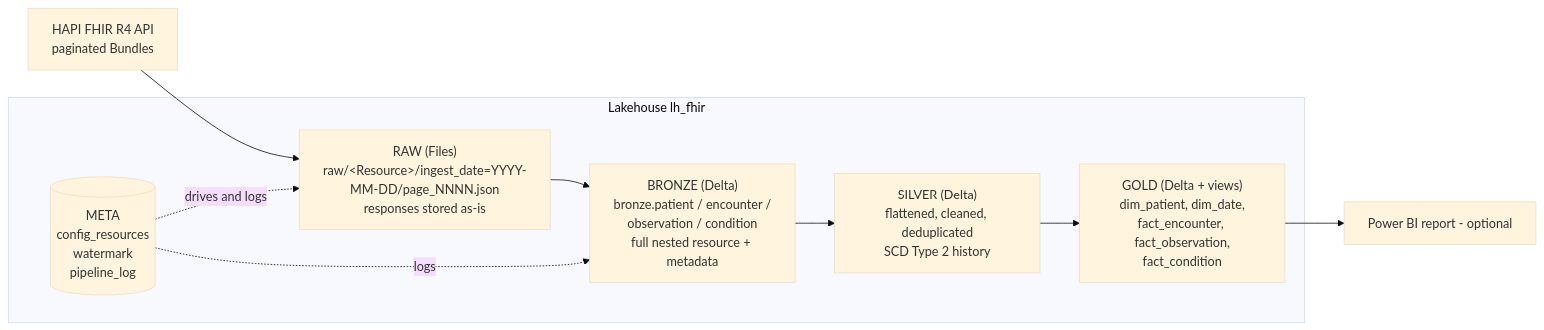
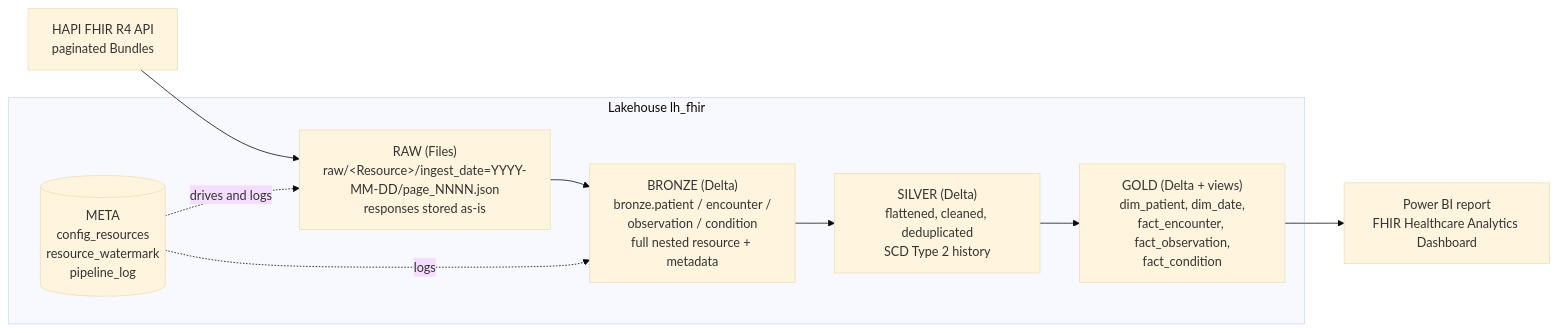
Before and after one commit to raju171812-art/fhir-medallion-lakehouse: the first of 2 diagrams in README.md, drawn with Mermaid (base theme). The commit also changed other lines of this file, not shown here.

First line of the commit message:
Revise README for resource watermark and pipeline updates

````diff
--- a/README.md
+++ b/README.md
@@ -11,15 +11,15 @@
 ```mermaid
 flowchart LR
     API[HAPI FHIR R4 API<br/>paginated Bundles] --> RAW
     subgraph Lakehouse lh_fhir
         RAW["RAW (Files)<br/>raw/&lt;Resource&gt;/ingest_date=YYYY-MM-DD/page_NNNN.json<br/>responses stored as-is"]
         BRONZE["BRONZE (Delta)<br/>bronze.patient / encounter /<br/>observation / condition<br/>full nested resource + metadata"]
         SILVER["SILVER (Delta)<br/>flattened, cleaned, deduplicated<br/>SCD Type 2 history"]
         GOLD["GOLD (Delta + views)<br/>dim_patient, dim_date,<br/>fact_encounter, fact_observation,<br/>fact_condition"]
-        META[("META<br/>config_resources<br/>watermark<br/>pipeline_log")]
+        META[("META<br/>config_resources<br/>resource_watermark<br/>pipeline_log")]
     end
     RAW --> BRONZE --> SILVER --> GOLD
     META -. drives and logs .-> RAW
     META -. logs .-> BRONZE
-    GOLD --> PBI[Power BI report - optional]
+    GOLD --> PBI[Power BI report<br/>FHIR Healthcare Analytics Dashboard]
 ```
````
